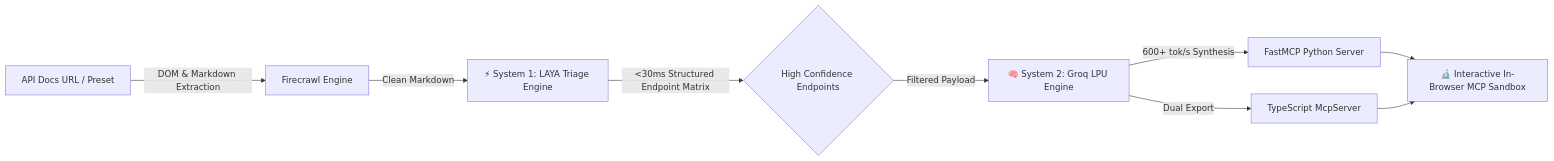
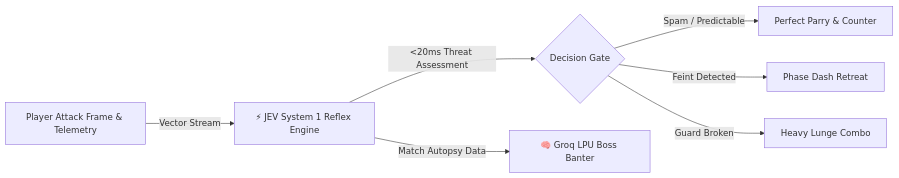
The diagram in README.md (nikhil49023/omniforge), drawn with Mermaid before and after one commit. The commit also changed other lines of this file and 9 other files, not shown here.

Commit message:
feat: transform into Cyber-Duel - JEV System 1 Reflex Arena game with Web Audio API, GSAP HUD, and Groq boss banter

````diff
--- a/README.md
+++ b/README.md
@@ -21,10 +43,9 @@
 ```mermaid
 flowchart LR
-    A[API Docs URL / Preset] -->|DOM & Markdown Extraction| B[Firecrawl Engine]
-    B -->|Clean Markdown| C[⚡ System 1: LAYA Triage Engine]
-    C -->|<30ms Structured Endpoint Matrix| D{High Confidence Endpoints}
-    D -->|Filtered Payload| E[🧠 System 2: Groq LPU Engine]
-    E -->|600+ tok/s Synthesis| F[FastMCP Python Server]
-    E -->|Dual Export| G[TypeScript McpServer]
-    F & G --> H[🔬 Interactive In-Browser MCP Sandbox]
+    A[Player Attack Frame & Telemetry] -->|Vector Stream| B[⚡ JEV System 1 Reflex Engine]
+    B -->|<20ms Threat Assessment| C{Decision Gate}
+    C -->|Spam / Predictable| D[Perfect Parry & Counter]
+    C -->|Feint Detected| E[Phase Dash Retreat]
+    C -->|Guard Broken| F[Heavy Lunge Combo]
+    B -->|Match Autopsy Data| G[🧠 Groq LPU Boss Banter]
 ```
````
